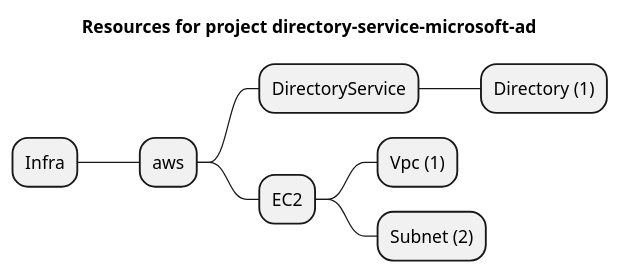
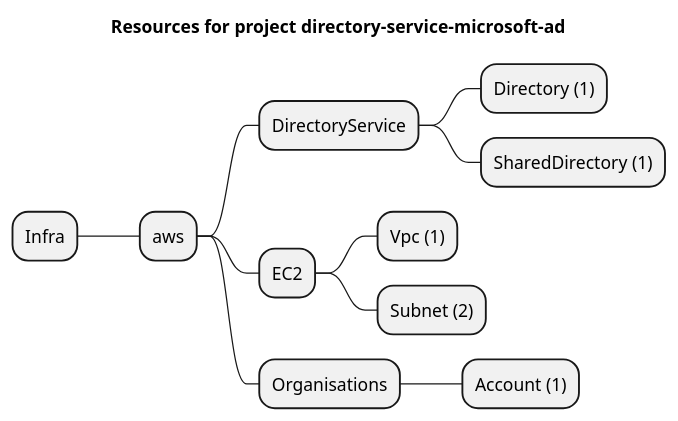
One commit to grucloud/grucloud changed the diagram in examples/aws/DirectoryService/directory-service-microsoft-ad/artifacts/resources-mindmap.puml. Above: the diagram before and after it, drawn with PlantUML. The commit also changed 766 other files, not shown here.

Commit message:
update diagram

```diff
--- a/examples/aws/DirectoryService/directory-service-microsoft-ad/artifacts/resources-mindmap.puml
+++ b/examples/aws/DirectoryService/directory-service-microsoft-ad/artifacts/resources-mindmap.puml
@@ -1,11 +1,14 @@
 @startmindmap
 title Resources for project directory-service-microsoft-ad
 skinparam monochrome true
 + Infra
 ++ aws
 +++ DirectoryService
 ++++ Directory (1)
+++++ SharedDirectory (1)
 +++ EC2
 ++++ Vpc (1)
 ++++ Subnet (2)
++++ Organisations
+++++ Account (1)
 @endmindmap
```
